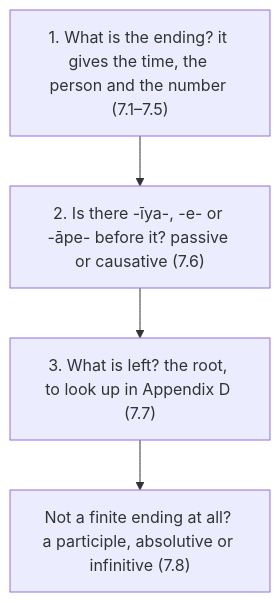
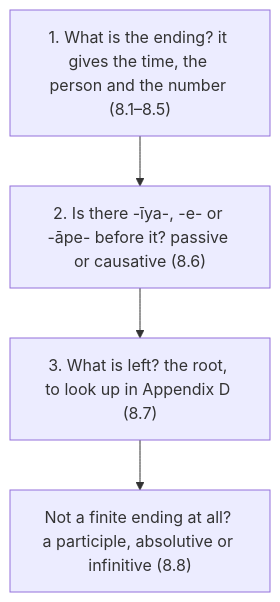
One commit to ChristineTham/buddhavacana changed the second of 2 diagrams in src/content/docs/Pali Textbook/8-0-akhyata.md. Above: the diagram before and after it, drawn with Mermaid. The commit also changed other lines of this file and 40 other files, not shown here.

````diff
--- a/src/content/docs/Pali Textbook/8-0-akhyata.md
+++ b/src/content/docs/Pali Textbook/8-0-akhyata.md
@@ -45,6 +45,6 @@
 ```mermaid
 flowchart TD
-  Q1["1. What is the ending? it gives the time, the person and the number (7.1–7.5)"] --> Q2["2. Is there -īya-, -e- or -āpe- before it? passive or causative (7.6)"]
-  Q2 --> Q3["3. What is left? the root, to look up in Appendix D (7.7)"]
-  Q3 --> Q4["Not a finite ending at all? a participle, absolutive or infinitive (7.8)"]
+  Q1["1. What is the ending? it gives the time, the person and the number (8.1–8.5)"] --> Q2["2. Is there -īya-, -e- or -āpe- before it? passive or causative (8.6)"]
+  Q2 --> Q3["3. What is left? the root, to look up in Appendix D (8.7)"]
+  Q3 --> Q4["Not a finite ending at all? a participle, absolutive or infinitive (8.8)"]
 ```
````
